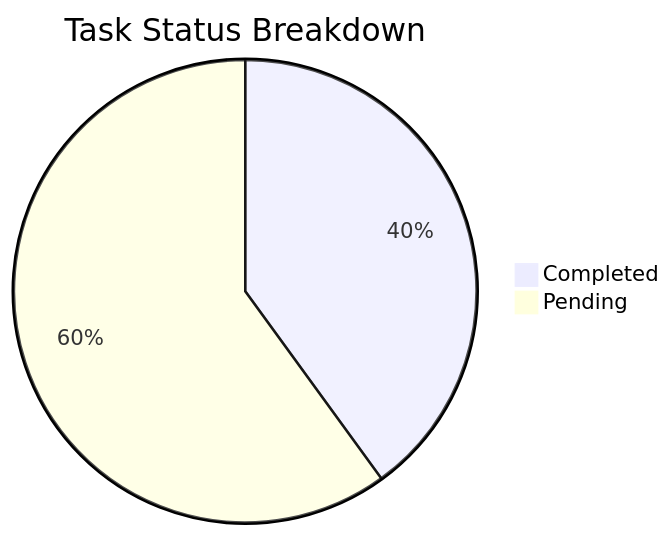
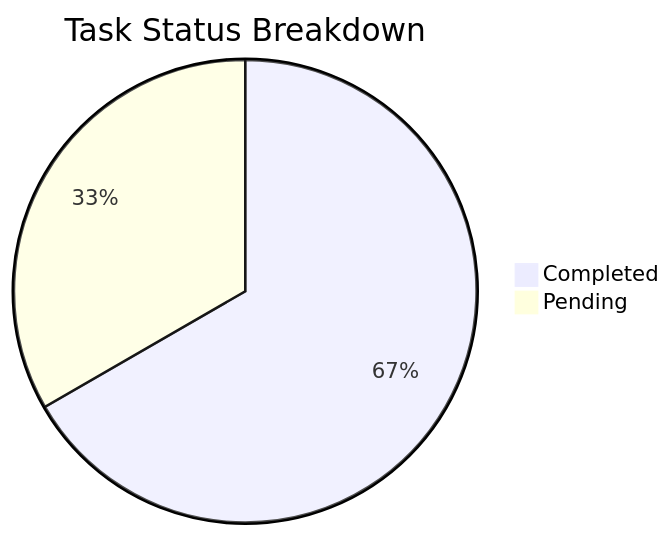
One commit to sagarms97/MyWorkDairy changed the first of 2 diagrams in KUD/Analytics.md. Above: the diagram before and after it, drawn with Mermaid. The commit also changed other lines of this file and 7 other files, not shown here.

````diff
--- a/KUD/Analytics.md
+++ b/KUD/Analytics.md
@@ -12,5 +12,5 @@
 ```mermaid
 pie title Task Status Breakdown
-    "Completed" : 2
-    "Pending" : 3
+    "Completed" : 4
+    "Pending" : 2
 ```
````
